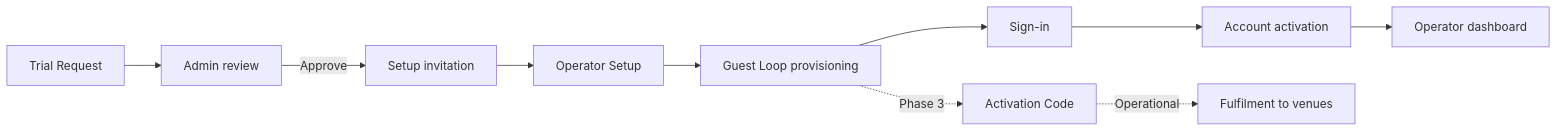
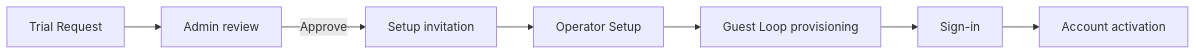
Before and after one commit to Tummly/Tummly: the second of 2 diagrams in docs/product/README.md, drawn with Mermaid. The commit also changed other lines of this file and 11 other files, not shown here.

````diff
--- a/docs/product/README.md
+++ b/docs/product/README.md
@@ -61,13 +81,9 @@
 ```mermaid
 flowchart LR
     TR[Trial Request] --> REV[Admin review]
     REV -->|Approve| INV[Setup invitation]
     INV --> OS[Operator Setup]
     OS --> PROV[Guest Loop provisioning]
     PROV --> SI[Sign-in]
     SI --> ACT[Account activation]
-    ACT --> DASH[Operator dashboard]
-
-    PROV -.->|Phase 3| CODE[Activation Code]
-    CODE -.->|Operational| FUL[Fulfilment to venues]
 ```
````
